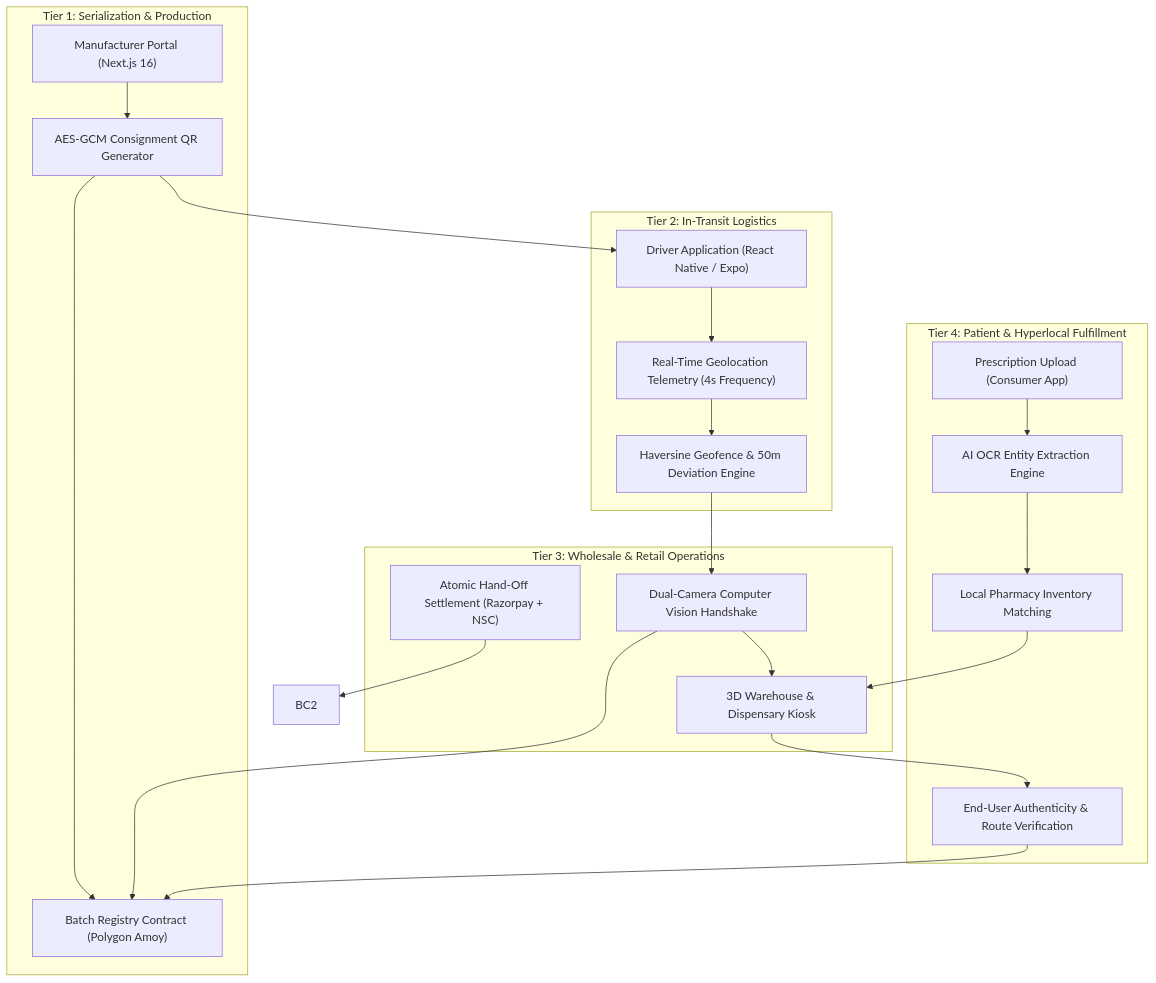
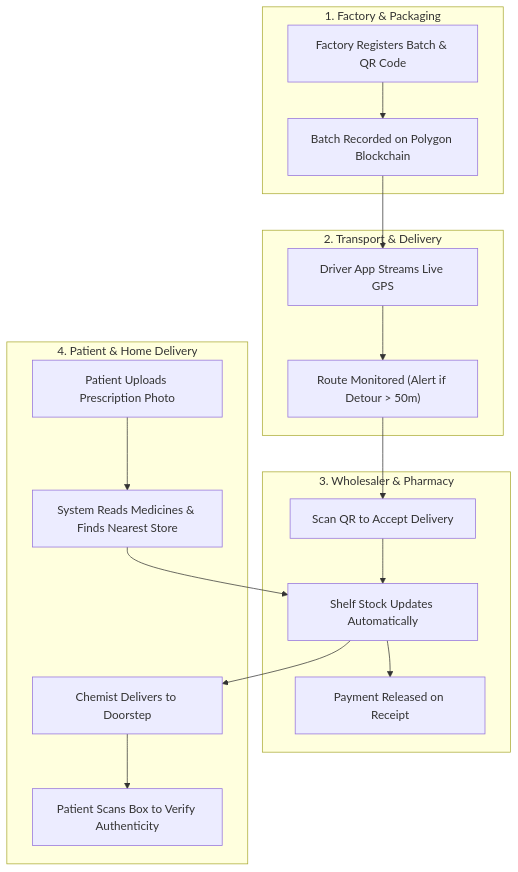
The diagram in README.md (Sourjya-Saha/Nirvana_Smart_Chain_Code_Nirvana), drawn with Mermaid before and after one commit. The commit also changed other lines of this file and 1 other file, not shown here.

````diff
--- a/README.md
+++ b/README.md
@@ -93,37 +91,31 @@
 ```mermaid
 flowchart TD
-    subgraph S1["Tier 1: Serialization & Production"]
-        M1["Manufacturer Portal (Next.js 16)"]
-        M2["AES-GCM Consignment QR Generator"]
-        M3["Batch Registry Contract (Polygon Amoy)"]
+    subgraph S1["1. Factory & Packaging"]
+        M1["Factory Registers Batch & QR Code"]
+        M2["Batch Recorded on Polygon Blockchain"]
     end
 
-    subgraph S2["Tier 2: In-Transit Logistics"]
-        D1["Driver Application (React Native / Expo)"]
-        D2["Real-Time Geolocation Telemetry (4s Frequency)"]
-        D3["Haversine Geofence & 50m Deviation Engine"]
+    subgraph S2["2. Transport & Delivery"]
+        D1["Driver App Streams Live GPS"]
+        D2["Route Monitored (Alert if Detour > 50m)"]
     end
 
-    subgraph S3["Tier 3: Wholesale & Retail Operations"]
-        W1["Dual-Camera Computer Vision Handshake"]
-        W2["3D Warehouse & Dispensary Kiosk"]
-        W3["Atomic Hand-Off Settlement (Razorpay + NSC)"]
+    subgraph S3["3. Wholesaler & Pharmacy"]
+        W1["Scan QR to Accept Delivery"]
+        W2["Shelf Stock Updates Automatically"]
+        W3["Payment Released on Receipt"]
     end
 
-    subgraph S4["Tier 4: Patient & Hyperlocal Fulfillment"]
-        C1["Prescription Upload (Consumer App)"]
-        C2["AI OCR Entity Extraction Engine"]
-        C3["Local Pharmacy Inventory Matching"]
-        C4["End-User Authenticity & Route Verification"]
+    subgraph S4["4. Patient & Home Delivery"]
+        C1["Patient Uploads Prescription Photo"]
+        C2["System Reads Medicines & Finds Nearest Store"]
+        C3["Chemist Delivers to Doorstep"]
+        C4["Patient Scans Box to Verify Authenticity"]
     end
 
-    M1 --> M2 --> M3
-    M2 --> D1
-    D1 --> D2 --> D3 --> W1
-    W1 --> M3
-    W1 --> W2
-    W3 --> BC2
-    C1 --> C2 --> C3 --> W2
-    W2 --> C4
-    C4 --> M3
+    M1 --> M2 --> D1
+    D1 --> D2 --> W1
+    W1 --> W2 --> W3
+    C1 --> C2 --> W2
+    W2 --> C3 --> C4
 ```
````
